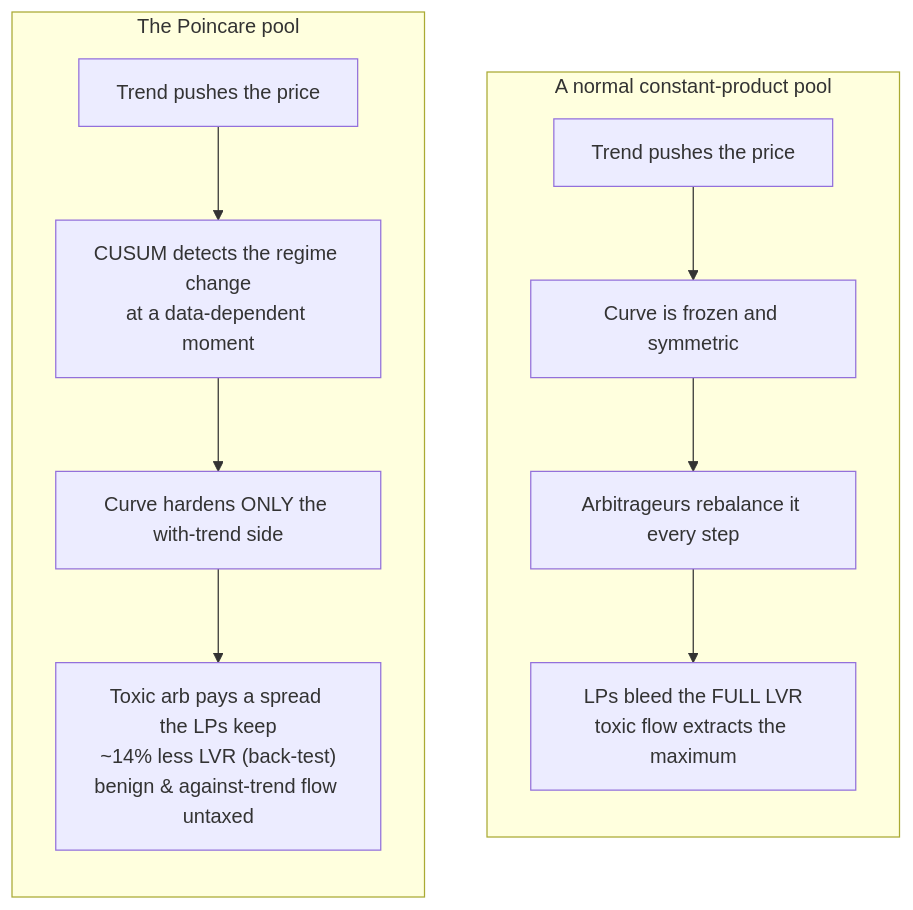
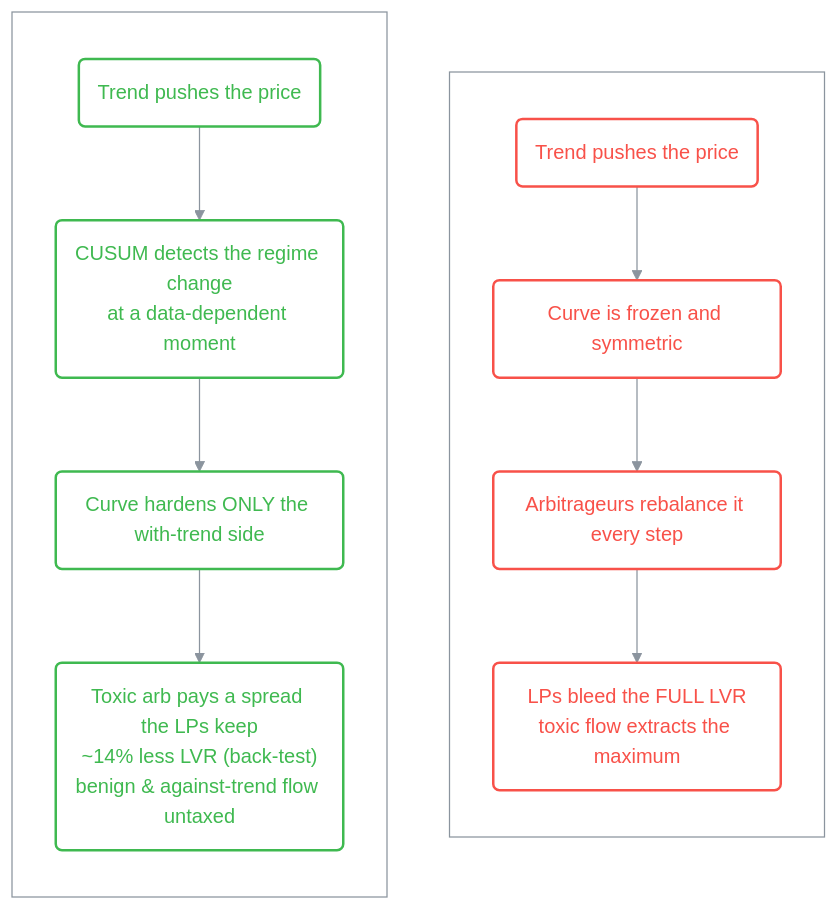
Before and after one commit to Prakhar-30/POINCARE: the fifth of 5 diagrams in README.md, drawn with Mermaid. The commit also changed other lines of this file, not shown here.

Commit message:
updated the graph stylings next task is frontend

````diff
--- a/README.md
+++ b/README.md
@@ -217,15 +243,20 @@
 ```mermaid
+%%{init: {'theme':'base','themeVariables':{'fontFamily':'ui-monospace, monospace','primaryColor':'transparent','primaryTextColor':'#388bfd','primaryBorderColor':'#8b949e','lineColor':'#8b949e','tertiaryColor':'transparent','clusterBkg':'transparent','clusterBorder':'#8b949e'}}}%%
 flowchart TB
     subgraph NORMAL["A normal constant-product pool"]
         direction TB
-        N1["Trend pushes the price"] --> N2["Curve is frozen and symmetric"]
-        N2 --> N3["Arbitrageurs rebalance it every step"]
-        N3 --> N4["LPs bleed the FULL LVR<br/>toxic flow extracts the maximum"]
+        N1("Trend pushes the price") --> N2("Curve is frozen and symmetric")
+        N2 --> N3("Arbitrageurs rebalance it every step")
+        N3 --> N4("LPs bleed the FULL LVR<br/>toxic flow extracts the maximum")
     end
     subgraph POIN["The Poincare pool"]
         direction TB
-        Q1["Trend pushes the price"] --> Q2["CUSUM detects the regime change<br/>at a data-dependent moment"]
-        Q2 --> Q3["Curve hardens ONLY the with-trend side"]
-        Q3 --> Q4["Toxic arb pays a spread the LPs keep<br/>~14% less LVR (back-test)<br/>benign & against-trend flow untaxed"]
+        Q1("Trend pushes the price") --> Q2("CUSUM detects the regime change<br/>at a data-dependent moment")
+        Q2 --> Q3("Curve hardens ONLY the with-trend side")
+        Q3 --> Q4("Toxic arb pays a spread the LPs keep<br/>~14% less LVR (back-test)<br/>benign & against-trend flow untaxed")
     end
+    classDef bad stroke:#f85149,color:#f85149,stroke-width:2px;
+    classDef good stroke:#3fb950,color:#3fb950,stroke-width:2px;
+    class N1,N2,N3,N4 bad;
+    class Q1,Q2,Q3,Q4 good;
 ```
````
